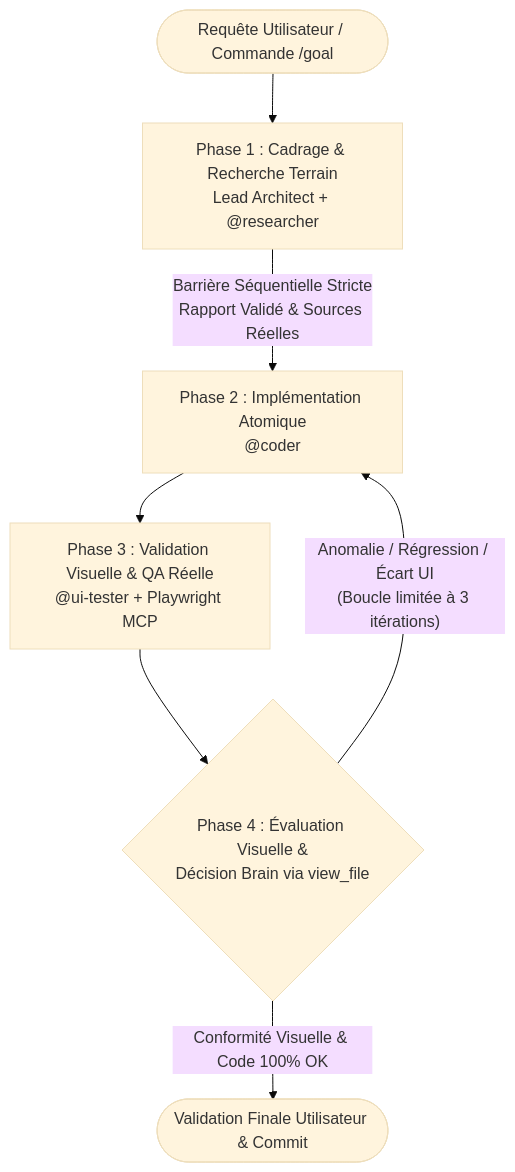
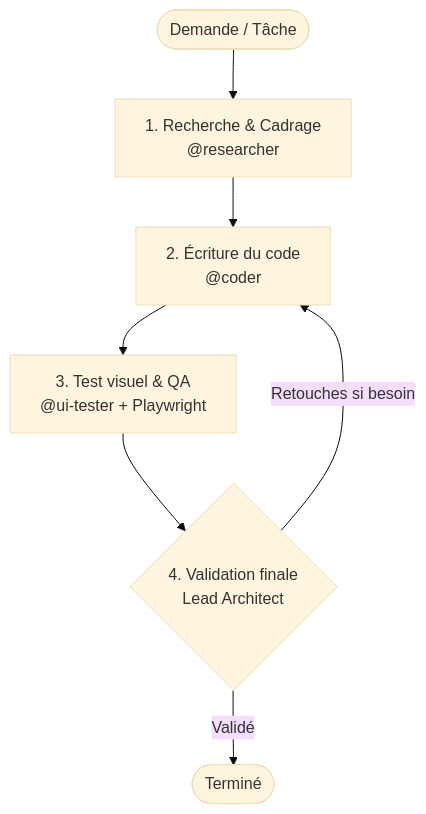
One commit to lyko27/worflow-AI changed the diagram in README.md. Above: the diagram before and after it, drawn with Mermaid (base theme). The commit also changed other lines of this file, not shown here.

````diff
--- a/README.md
+++ b/README.md
@@ -31,9 +13,9 @@
 ```mermaid
 flowchart TD
-    Start([Requête Utilisateur / Commande /goal]) --> Phase1[Phase 1 : Cadrage & Recherche Terrain\nLead Architect + @researcher]
-    Phase1 -->|Barrière Séquentielle Stricte\nRapport Validé & Sources Réelles| Phase2[Phase 2 : Implémentation Atomique\n@coder]
-    Phase2 --> Phase3[Phase 3 : Validation Visuelle & QA Réelle\n@ui-tester + Playwright MCP]
-    Phase3 --> Phase4{Phase 4 : Évaluation Visuelle &\nDécision Brain via view_file}
-    Phase4 -- "Anomalie / Régression / Écart UI\n(Boucle limitée à 3 itérations)" --> Phase2
-    Phase4 -- "Conformité Visuelle & Code 100% OK" --> Complete([Validation Finale Utilisateur & Commit])
+    Start([Demande / Tâche]) --> P1[1. Recherche & Cadrage\n@researcher]
+    P1 --> P2[2. Écriture du code\n@coder]
+    P2 --> P3[3. Test visuel & QA\n@ui-tester + Playwright]
+    P3 --> P4{4. Validation finale\nLead Architect}
+    P4 -- Retouches si besoin --> P2
+    P4 -- Validé --> End([Terminé])
 ```
````
